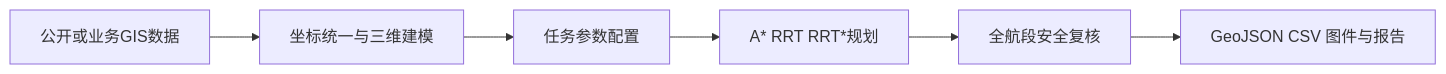
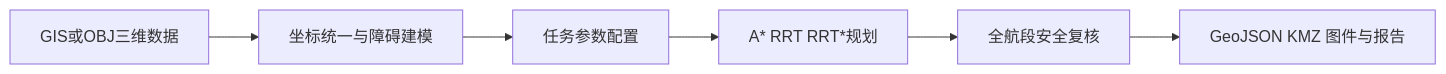
The diagram in README.md (lime58/UAV), drawn with Mermaid before and after one commit. The commit also changed other lines of this file and 19 other files, not shown here.

````diff
--- a/README.md
+++ b/README.md
@@ -5,8 +5,8 @@
 ```mermaid
 flowchart LR
-    A[公开或业务GIS数据] --> B[坐标统一与三维建模]
+    A[GIS或OBJ三维数据] --> B[坐标统一与障碍建模]
     B --> C[任务参数配置]
     C --> D[A* RRT RRT*规划]
     D --> E[全航段安全复核]
-    E --> F[GeoJSON CSV 图件与报告]
+    E --> F[GeoJSON KMZ 图件与报告]
 ```
````
